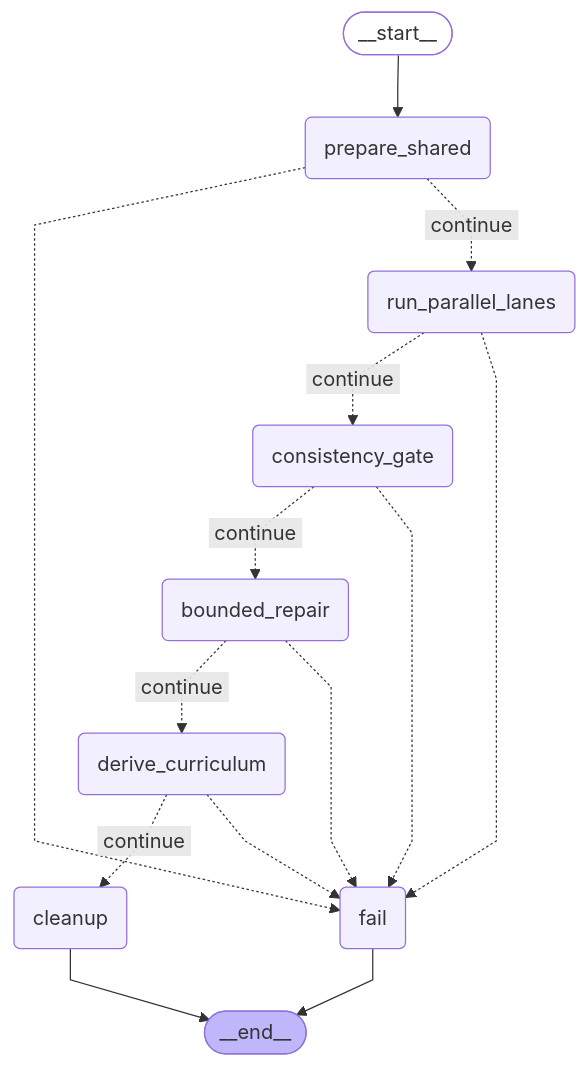
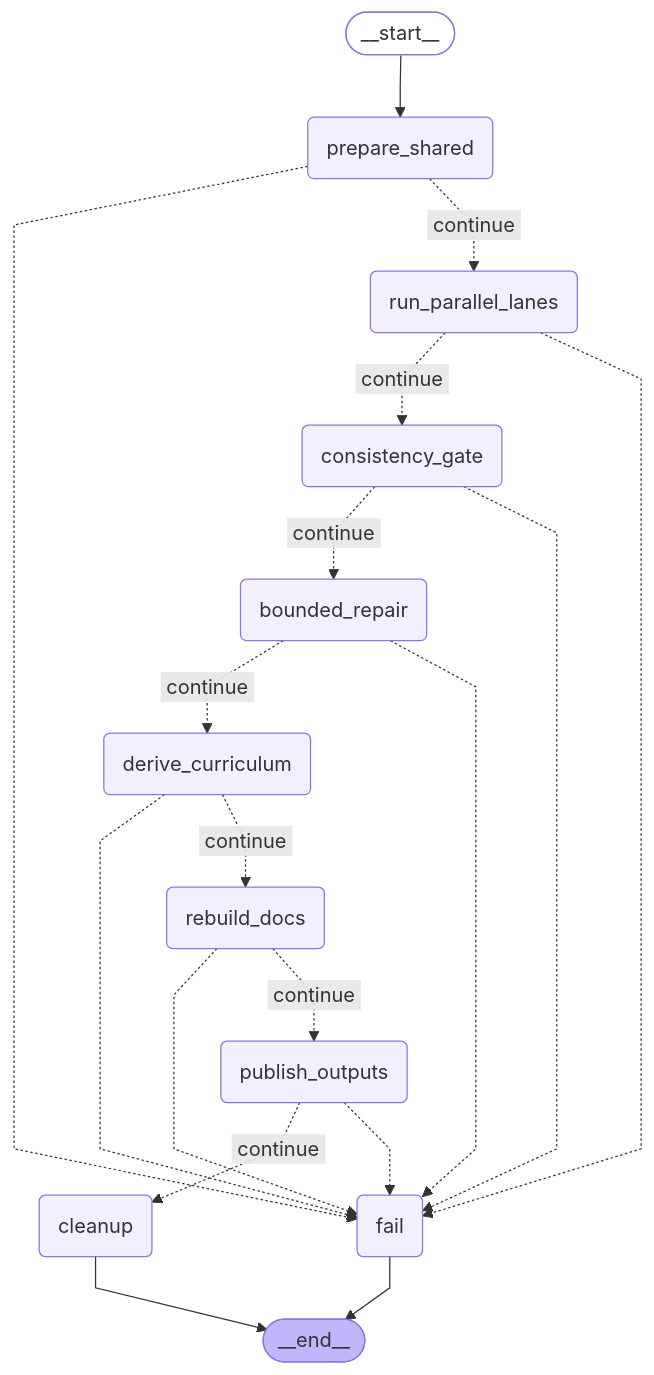
The diagram in backend/scripts/.generated_workflow_diagrams/digest_unified.md (aiteachme/AITeachMe), drawn with Mermaid before and after one commit. The commit also changed 8 other files, not shown here.

````diff
--- a/backend/scripts/.generated_workflow_diagrams/digest_unified.md
+++ b/backend/scripts/.generated_workflow_diagrams/digest_unified.md
@@ -5,33 +5,39 @@
 ```mermaid
 ---
 config:
   flowchart:
     curve: linear
 ---
 graph TD;
 	__start__([<p>__start__</p>]):::first
 	prepare_shared(prepare_shared)
 	run_parallel_lanes(run_parallel_lanes)
 	consistency_gate(consistency_gate)
 	bounded_repair(bounded_repair)
 	derive_curriculum(derive_curriculum)
+	rebuild_docs(rebuild_docs)
+	publish_outputs(publish_outputs)
 	cleanup(cleanup)
 	fail(fail)
 	__end__([<p>__end__</p>]):::last
 	__start__ --> prepare_shared;
 	bounded_repair -. &nbsp;continue&nbsp; .-> derive_curriculum;
 	bounded_repair -.-> fail;
 	consistency_gate -. &nbsp;continue&nbsp; .-> bounded_repair;
 	consistency_gate -.-> fail;
-	derive_curriculum -. &nbsp;continue&nbsp; .-> cleanup;
 	derive_curriculum -.-> fail;
+	derive_curriculum -. &nbsp;continue&nbsp; .-> rebuild_docs;
 	prepare_shared -.-> fail;
 	prepare_shared -. &nbsp;continue&nbsp; .-> run_parallel_lanes;
+	publish_outputs -. &nbsp;continue&nbsp; .-> cleanup;
+	publish_outputs -.-> fail;
+	rebuild_docs -.-> fail;
+	rebuild_docs -. &nbsp;continue&nbsp; .-> publish_outputs;
 	run_parallel_lanes -. &nbsp;continue&nbsp; .-> consistency_gate;
 	run_parallel_lanes -.-> fail;
 	cleanup --> __end__;
 	fail --> __end__;
 	classDef default fill:#f2f0ff,line-height:1.2
 	classDef first fill-opacity:0
 	classDef last fill:#bfb6fc
 ```
````
